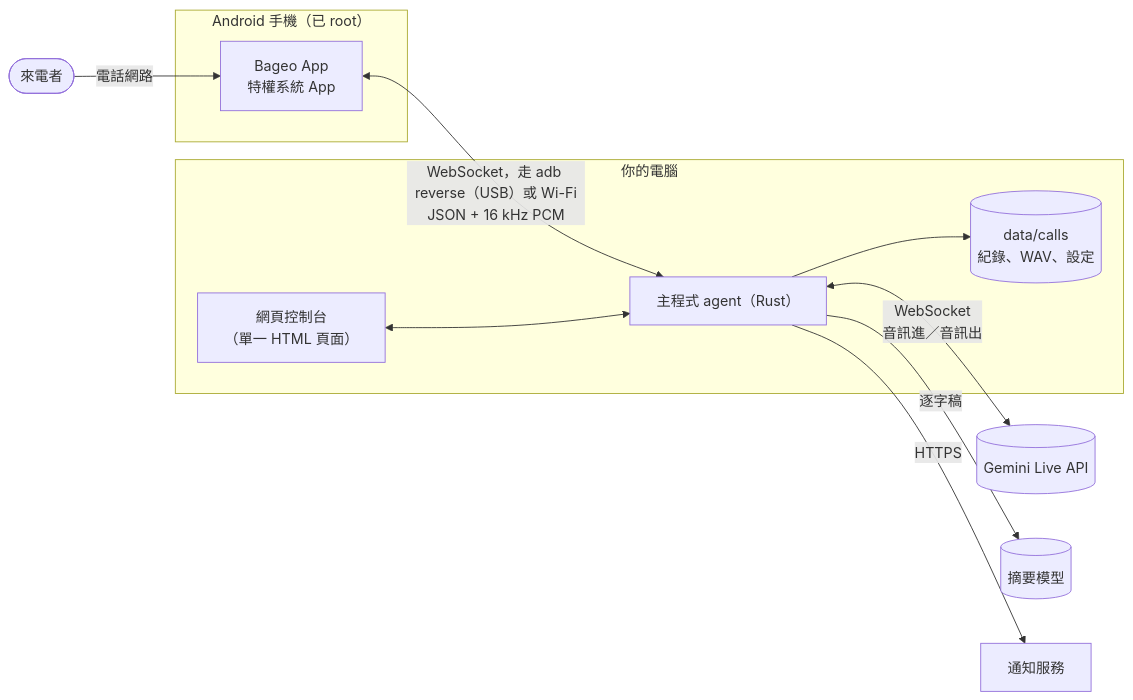
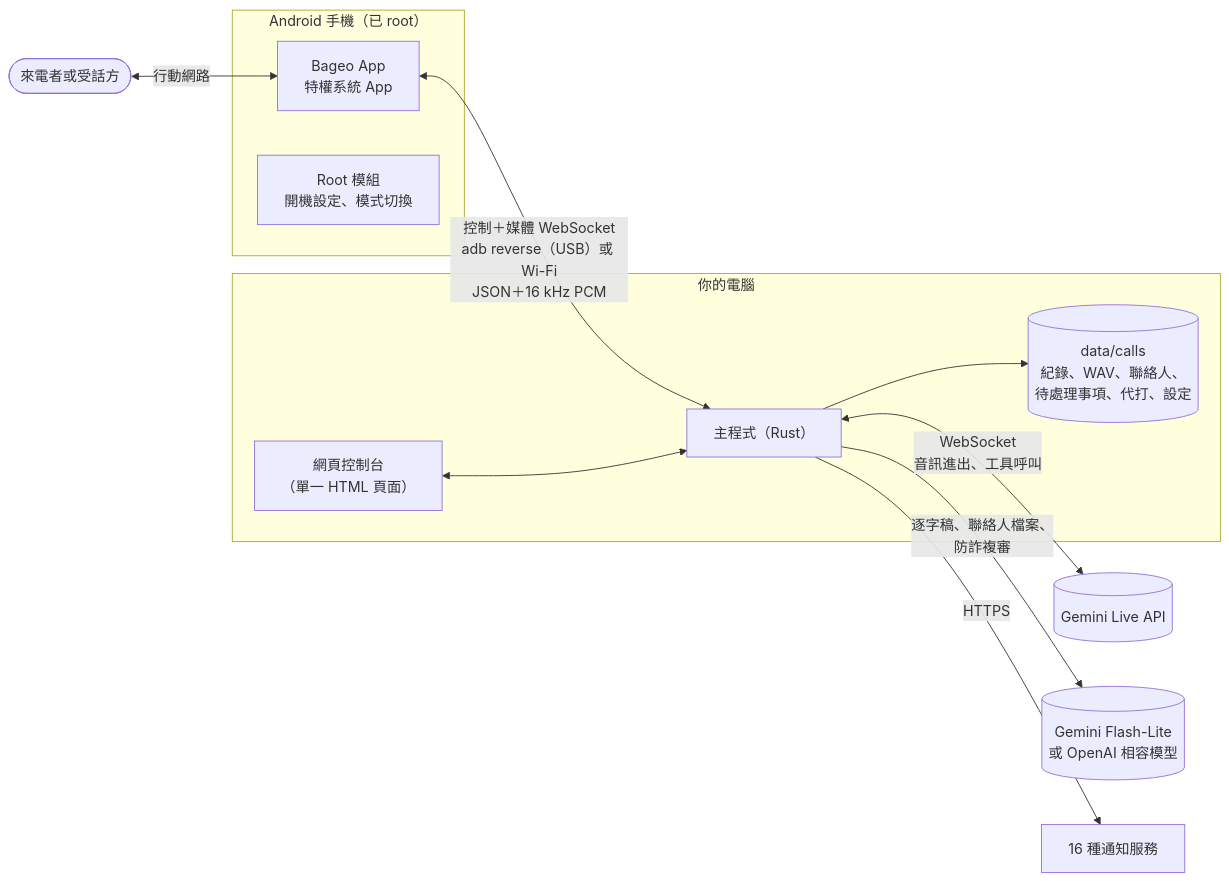
Before and after one commit to h4lo-void/bageo-call: the diagram in docs/zh-TW/ARCHITECTURE.md, drawn with Mermaid. The commit also changed other lines of this file and 47 other files, not shown here.

````diff
--- a/docs/zh-TW/ARCHITECTURE.md
+++ b/docs/zh-TW/ARCHITECTURE.md
@@ -3,18 +5,19 @@
 ```mermaid
 flowchart LR
     subgraph phone["Android 手機（已 root）"]
         app["Bageo App<br/>特權系統 App"]
+        module["Root 模組<br/>開機設定、模式切換"]
     end
     subgraph pc["你的電腦"]
-        agent["主程式 agent（Rust）"]
-        data[("data/calls<br/>紀錄、WAV、設定")]
+        agent["主程式（Rust）"]
+        data[("data/calls<br/>紀錄、WAV、聯絡人、<br/>待處理事項、代打、設定")]
         ui["網頁控制台<br/>（單一 HTML 頁面）"]
     end
-    caller(["來電者"]) -- "電話網路" --> app
-    app <-- "WebSocket，走 adb reverse（USB）或 Wi-Fi<br/>JSON + 16 kHz PCM" --> agent
-    agent <-- "WebSocket<br/>音訊進／音訊出" --> gemini[(Gemini Live API)]
-    agent -- "逐字稿" --> llm[("摘要模型")]
+    other(["來電者或受話方"]) <-- "行動網路" --> app
+    app <-- "控制＋媒體 WebSocket<br/>adb reverse（USB）或 Wi-Fi<br/>JSON＋16 kHz PCM" --> agent
+    agent <-- "WebSocket<br/>音訊進出、工具呼叫" --> gemini[(Gemini Live API)]
+    agent -- "逐字稿、聯絡人檔案、<br/>防詐複審" --> llm[("Gemini Flash-Lite<br/>或 OpenAI 相容模型")]
     agent --> data
     ui <--> agent
-    agent -- "HTTPS" --> notify["通知服務"]
+    agent -- "HTTPS" --> notify["16 種通知服務"]
 ```
````
